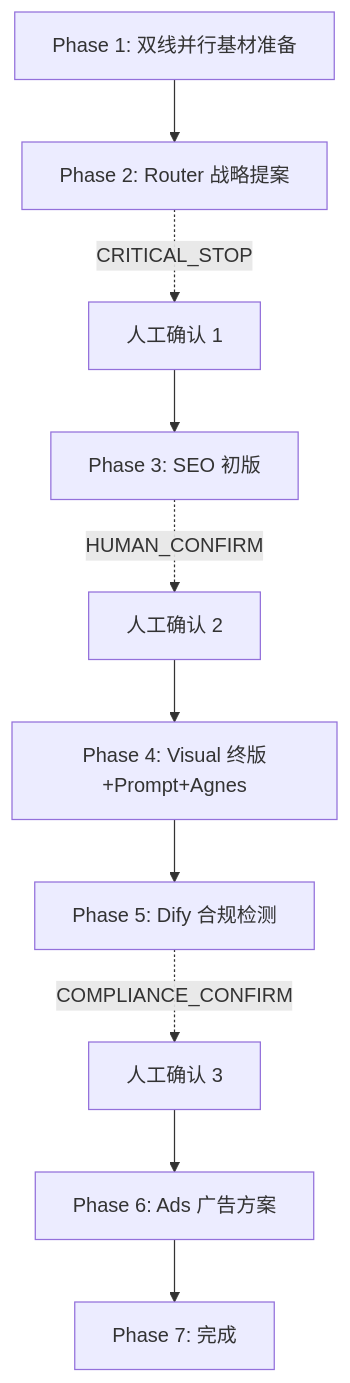
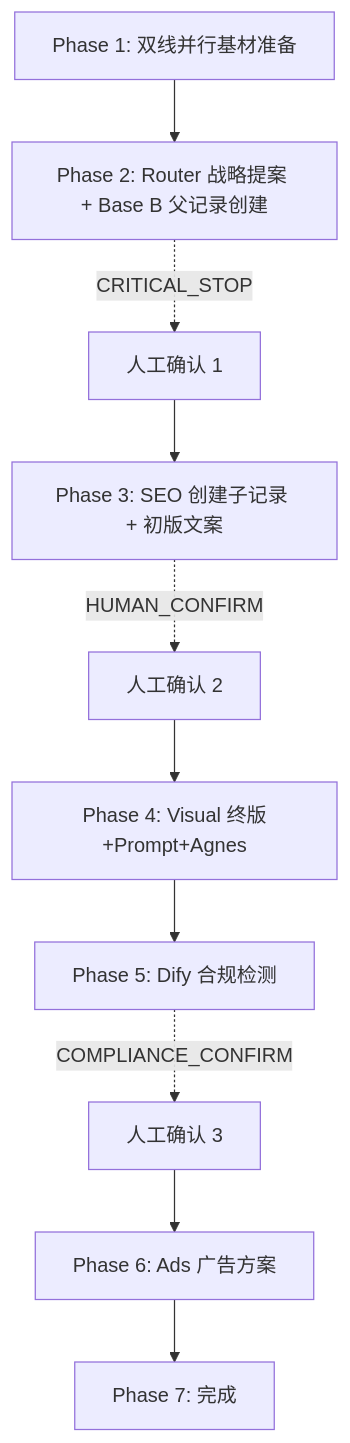
One commit to Nicholaschn91/OPC-ecommerce changed the diagram in docs/SOP.md. Above: the diagram before and after it, drawn with Mermaid. The commit also changed other lines of this file and 7 other files, not shown here.

````diff
--- a/docs/SOP.md
+++ b/docs/SOP.md
@@ -16,12 +16,12 @@
 ```mermaid
 graph TD
-    A[Phase 1: 双线并行基材准备] --> B[Phase 2: Router 战略提案]
+    A[Phase 1: 双线并行基材准备] --> B[Phase 2: Router 战略提案 + Base B 父记录创建]
     B -.->|CRITICAL_STOP| C[人工确认 1]
-    C --> D[Phase 3: SEO 初版]
+    C --> D[Phase 3: SEO 创建子记录 + 初版文案]
     D -.->|HUMAN_CONFIRM| E[人工确认 2]
     E --> F[Phase 4: Visual 终版+Prompt+Agnes]
     F --> G[Phase 5: Dify 合规检测]
     G -.->|COMPLIANCE_CONFIRM| H[人工确认 3]
     H --> I[Phase 6: Ads 广告方案]
     I --> J[Phase 7: 完成]
 ```
````
